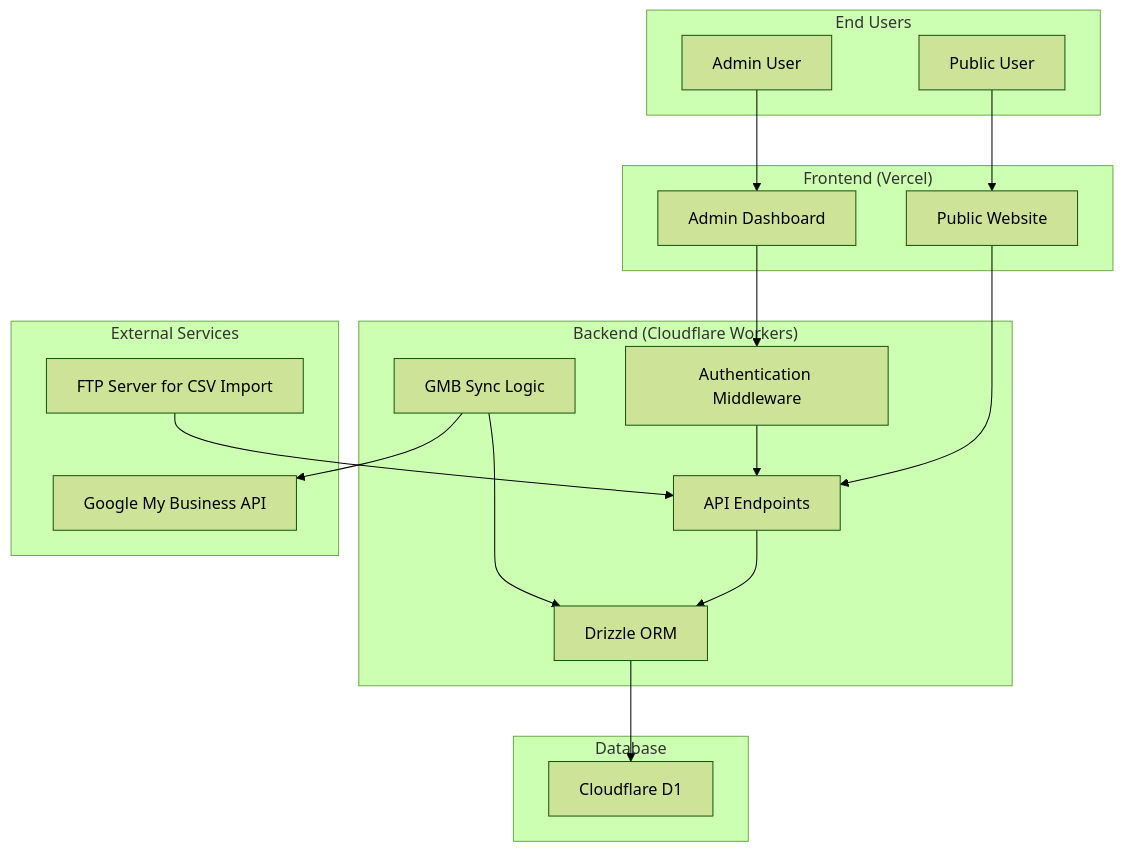
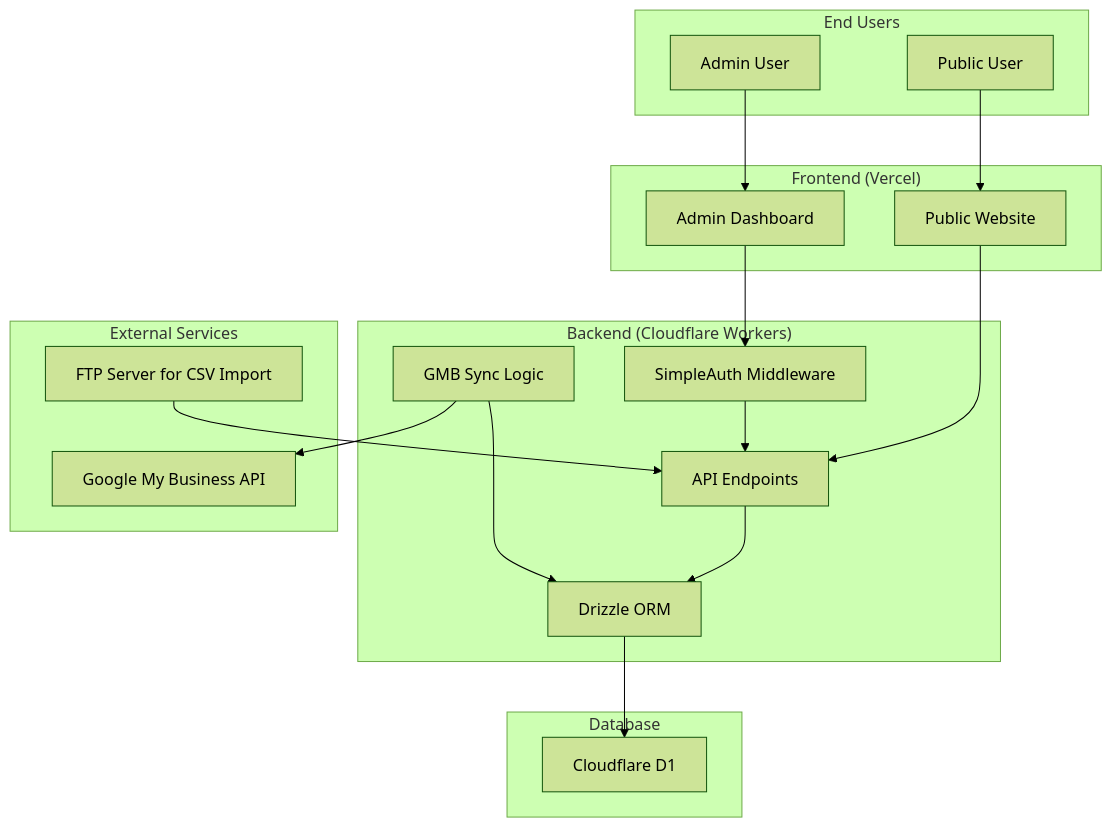
Before and after one commit to jlutztnt/location-data-app: the diagram in memory-bank/systemPatterns.md, drawn with Mermaid (forest theme). The commit also changed other lines of this file and 20 other files, not shown here.

````diff
--- a/memory-bank/systemPatterns.md
+++ b/memory-bank/systemPatterns.md
@@ -13,39 +13,39 @@
 ```mermaid
 graph TD
     subgraph "End Users"
         A[Public User]
         B[Admin User]
     end
 
     subgraph "Frontend (Vercel)"
         C[Public Website]
         D[Admin Dashboard]
     end
 
     subgraph "Backend (Cloudflare Workers)"
         E[API Endpoints]
-        F[Authentication Middleware]
+        F[SimpleAuth Middleware]
         G[GMB Sync Logic]
         H[Drizzle ORM]
     end
 
     subgraph "Database"
         I[Cloudflare D1]
     end
 
     subgraph "External Services"
         J[Google My Business API]
         K[FTP Server for CSV Import]
     end
 
     A --> C
     B --> D
     C --> E
     D --> F --> E
     E --> H
     H --> I
 
     G --> J
     G --> H
     K --> E
 ```
````
